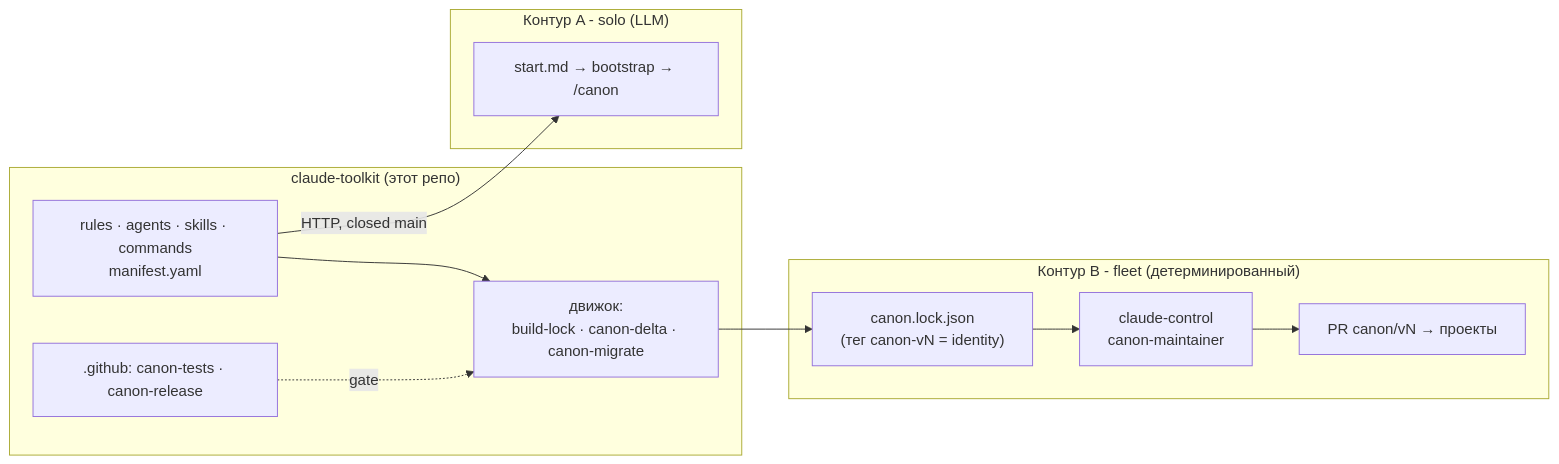
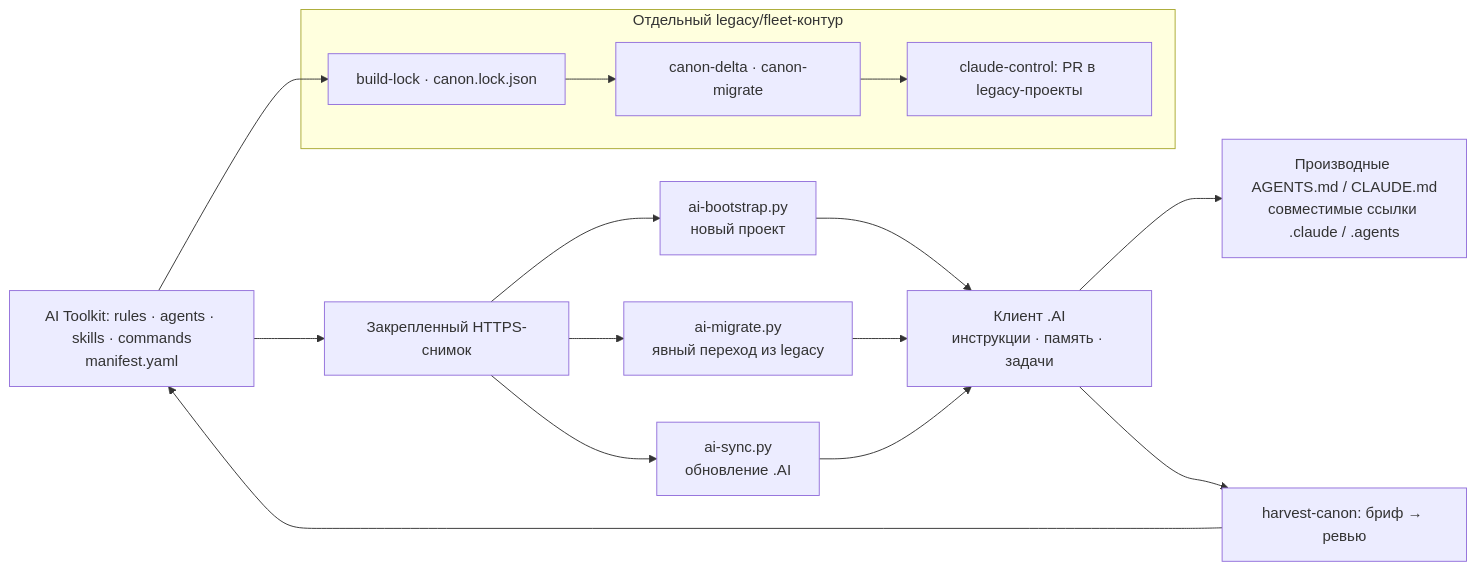
One commit to dewil/ai-toolkit changed the diagram in README.md. Above: the diagram before and after it, drawn with Mermaid. The commit also changed other lines of this file and 1 other file, not shown here.

Commit message:
docs: present AI Toolkit and route current .AI lifecycle

````diff
--- a/README.md
+++ b/README.md
@@ -18,23 +13,22 @@
 ```mermaid
 flowchart LR
-    subgraph repo["claude-toolkit (этот репо)"]
-      canon["rules · agents · skills · commands<br/>manifest.yaml"]
-      engine["движок:<br/>build-lock · canon-delta · canon-migrate"]
-      ci[".github: canon-tests · canon-release"]
-      canon --> engine
-      ci -. gate .-> engine
+    source["AI Toolkit: rules · agents · skills · commands<br/>manifest.yaml"]
+    pinned["Закрепленный HTTPS-снимок"]
+    source --> pinned
+    pinned --> bootstrap["ai-bootstrap.py<br/>новый проект"]
+    pinned --> migrate["ai-migrate.py<br/>явный переход из legacy"]
+    pinned --> sync["ai-sync.py<br/>обновление .AI"]
+    bootstrap --> ai["Клиент .AI<br/>инструкции · память · задачи"]
+    migrate --> ai
+    sync --> ai
+    ai --> inputs["Производные AGENTS.md / CLAUDE.md<br/>совместимые ссылки .claude / .agents"]
+    ai --> harvest["harvest-canon: бриф → ревью"]
+    harvest --> source
+    subgraph legacy["Отдельный legacy/fleet-контур"]
+        release["build-lock · canon.lock.json"]
+        delta["canon-delta · canon-migrate"]
+        fleet["claude-control: PR в legacy-проекты"]
+        release --> delta --> fleet
     end
-
-    subgraph solo["Контур A - solo (LLM)"]
-      start["start.md → bootstrap → /canon"]
-    end
-    subgraph fleet["Контур B - fleet (детерминированный)"]
-      lock["canon.lock.json<br/>(тег canon-vN = identity)"]
-      maint["claude-control<br/>canon-maintainer"]
-      pr["PR canon/vN → проекты"]
-    end
-
-    canon -->|"HTTP, closed main"| start
-    engine --> lock
-    lock --> maint --> pr
+    source --> release
 ```
````
